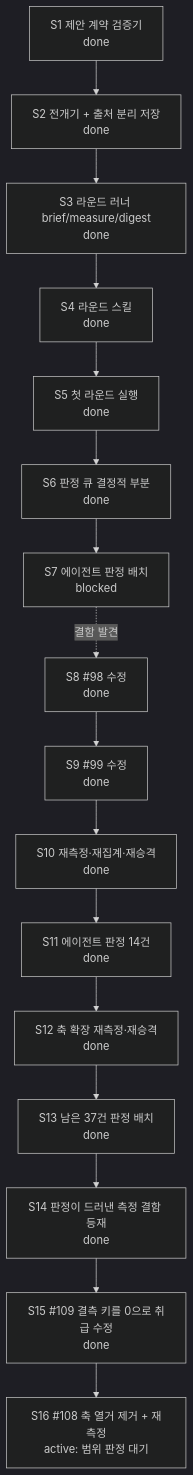
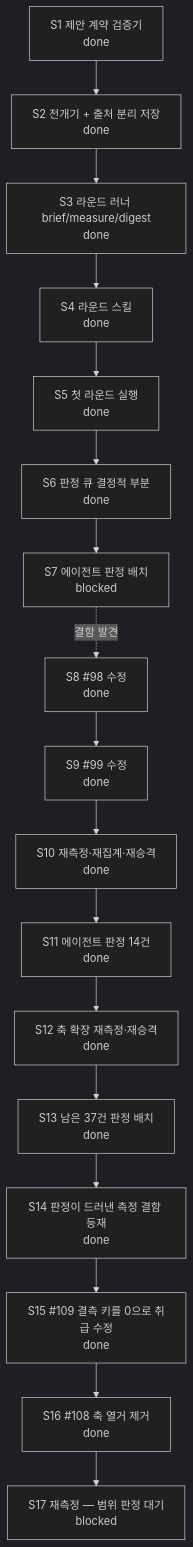
Before and after one commit to skerfolg/poe2-ai-wiki: the diagram in docs/CURRENT-PLAN.md, drawn with Mermaid (dark theme). The commit also changed other lines of this file and 6 other files, not shown here.

````diff
--- a/docs/CURRENT-PLAN.md
+++ b/docs/CURRENT-PLAN.md
@@ -23,22 +23,23 @@
 ```mermaid
 flowchart TD
   CONTRACT[S1 제안 계약 검증기<br/>done]
   FLOW[S2 전개기 + 출처 분리 저장<br/>done]
   ROUND[S3 라운드 러너 brief/measure/digest<br/>done]
   SKILL[S4 라운드 스킬<br/>done]
   FIRST[S5 첫 라운드 실행<br/>done]
   NECESS[S6 판정 큐 결정적 부분<br/>done]
   JUDGE[S7 에이전트 판정 배치<br/>blocked]
   FIX[S8 #98 수정<br/>done]
   REMEAS[S9 #99 수정<br/>done]
   REAGG[S10 재측정·재집계·재승격<br/>done]
   RESUME[S11 에이전트 판정 14건<br/>done]
   AXES[S12 축 확장 재측정·재승격<br/>done]
   NEXT2[S13 남은 37건 판정 배치<br/>done]
   DEF[S14 판정이 드러낸 측정 결함 등재<br/>done]
   FIXDELTA[S15 #109 결측 키를 0으로 취급 수정<br/>done]
-  WIDEN[S16 #108 축 열거 제거 + 재측정<br/>active: 범위 판정 대기]
+  WIDEN[S16 #108 축 열거 제거<br/>done]
+  REMEAS2[S17 재측정 — 범위 판정 대기<br/>blocked]
   CONTRACT --> FLOW --> ROUND --> SKILL --> FIRST --> NECESS --> JUDGE
   JUDGE -. 결함 발견 .-> FIX --> REMEAS --> REAGG --> RESUME --> AXES --> NEXT2
-  NEXT2 --> DEF --> FIXDELTA --> WIDEN
+  NEXT2 --> DEF --> FIXDELTA --> WIDEN --> REMEAS2
 ```
````
